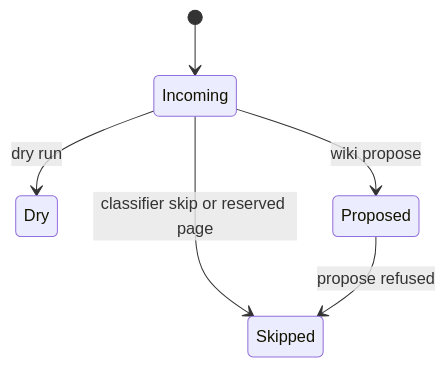
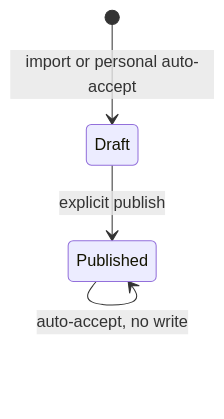
Before and after one commit to mysticalsin/secondary: diagram 11 of 20 in docs/state-machines.md, drawn with Mermaid. The commit also changed other lines of this file and 7 other files, not shown here.

First line of the commit message:
Share one publish mode that defaults to draft.

````diff
--- a/docs/state-machines.md
+++ b/docs/state-machines.md
@@ -695,8 +693,6 @@
 ```mermaid
 stateDiagram-v2
-  [*] --> Incoming
-  Incoming --> Skipped: classifier skip or reserved page
-  Incoming --> Dry: dry run
-  Incoming --> Proposed: wiki propose
-  Proposed --> Skipped: propose refused
+  [*] --> Draft: import or personal auto-accept
+  Draft --> Published: explicit publish
+  Published --> Published: auto-accept, no write
 ```
````
